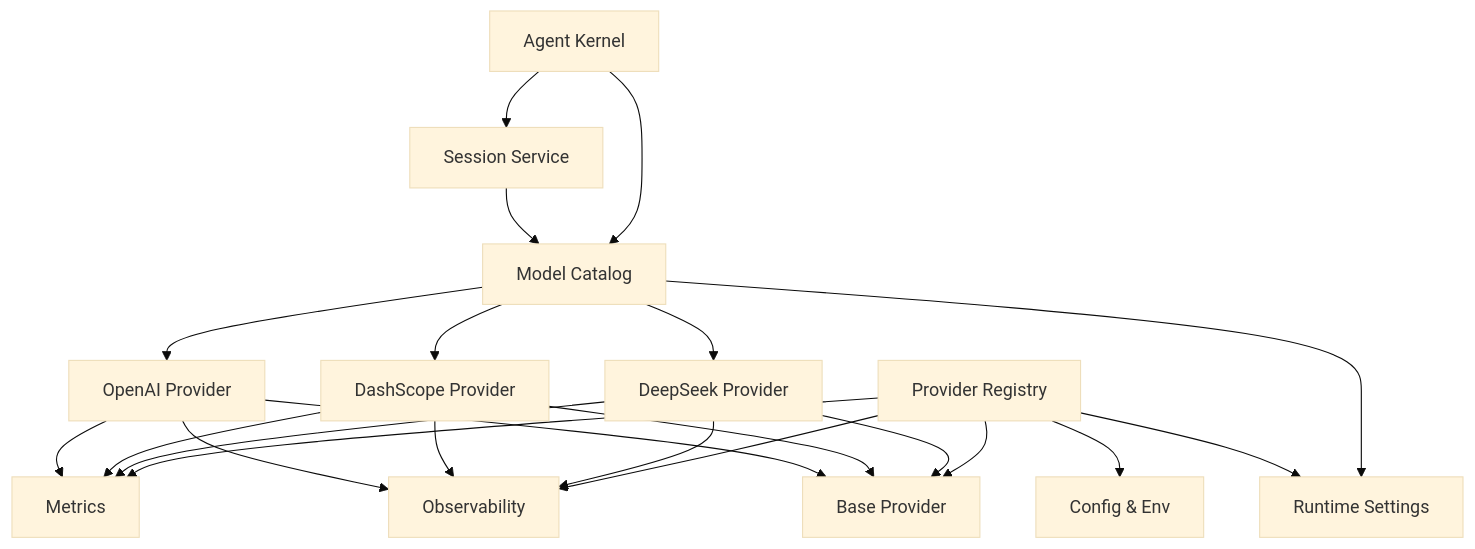
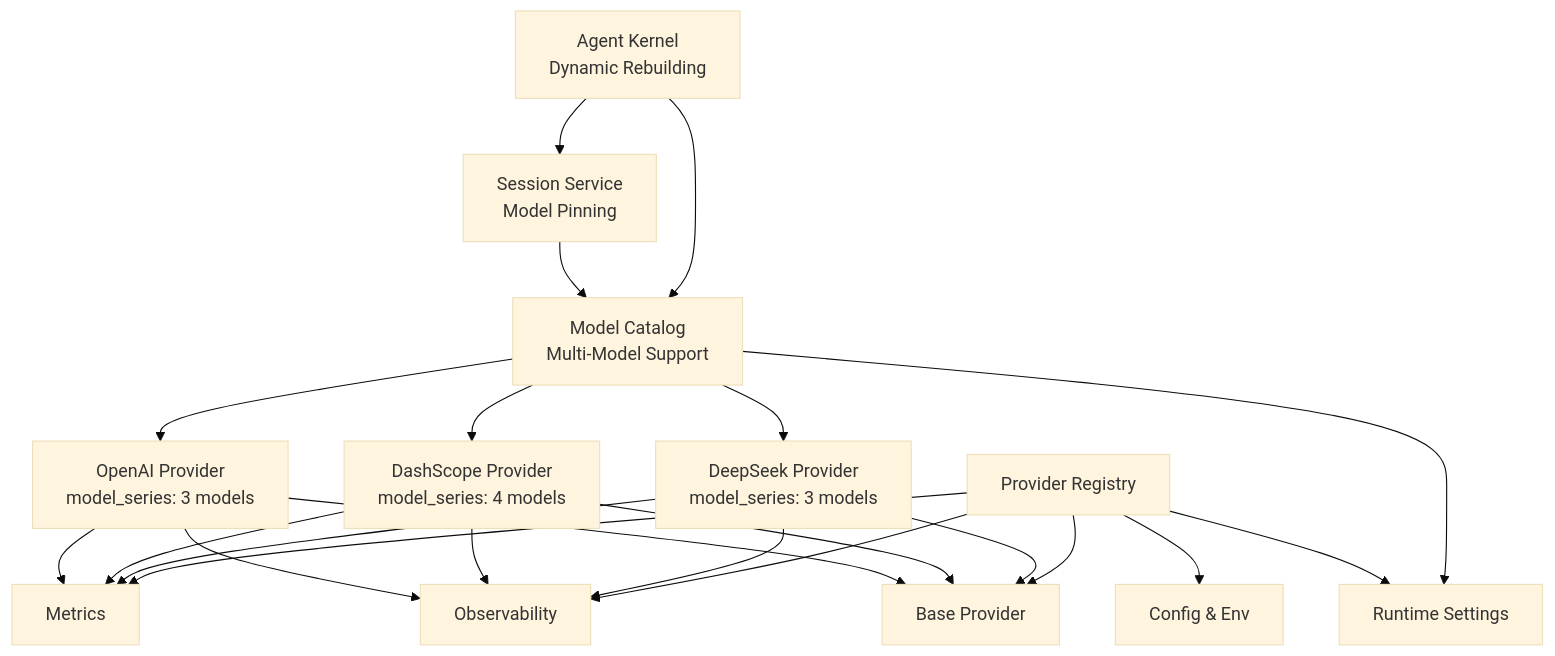
The sixth of 6 diagrams in .qoder/repowiki/en/content/Agent Platform Service/Provider Registry and Multi-Provider Support.md (metasync/luban-aiops), drawn with Mermaid (base theme) before and after one commit. The commit also changed other lines of this file and 18 other files, not shown here.

````diff
--- a/.qoder/repowiki/en/content/Agent Platform Service/Provider Registry and Multi-Provider Support.md
+++ b/.qoder/repowiki/en/content/Agent Platform Service/Provider Registry and Multi-Provider Support.md
@@ -520,36 +537,36 @@
 ```mermaid
 graph TB
 Base["Base Provider"]
-OAI["OpenAI Provider"]
-DS["DashScope Provider"]
-DK["DeepSeek Provider"]
+OAI["OpenAI Provider<br/>model_series: 3 models"]
+DS["DashScope Provider<br/>model_series: 4 models"]
+DK["DeepSeek Provider<br/>model_series: 3 models"]
 Reg["Provider Registry"]
 Cfg["Config & Env"]
 RS["Runtime Settings"]
 Obs["Observability"]
 Met["Metrics"]
-Catalog["Model Catalog"]
-SessionSvc["Session Service"]
-Kernel["Agent Kernel"]
+Catalog["Model Catalog<br/>Multi-Model Support"]
+SessionSvc["Session Service<br/>Model Pinning"]
+Kernel["Agent Kernel<br/>Dynamic Rebuilding"]
 OAI --> Base
 DS --> Base
 DK --> Base
 Reg --> Base
 Reg --> RS
 Reg --> Cfg
 OAI --> Obs
 DS --> Obs
 DK --> Obs
 Reg --> Obs
 OAI --> Met
 DS --> Met
 DK --> Met
 Reg --> Met
 Catalog --> RS
 Catalog --> OAI
 Catalog --> DS
 Catalog --> DK
 SessionSvc --> Catalog
 Kernel --> Catalog
 Kernel --> SessionSvc
 ```
````
